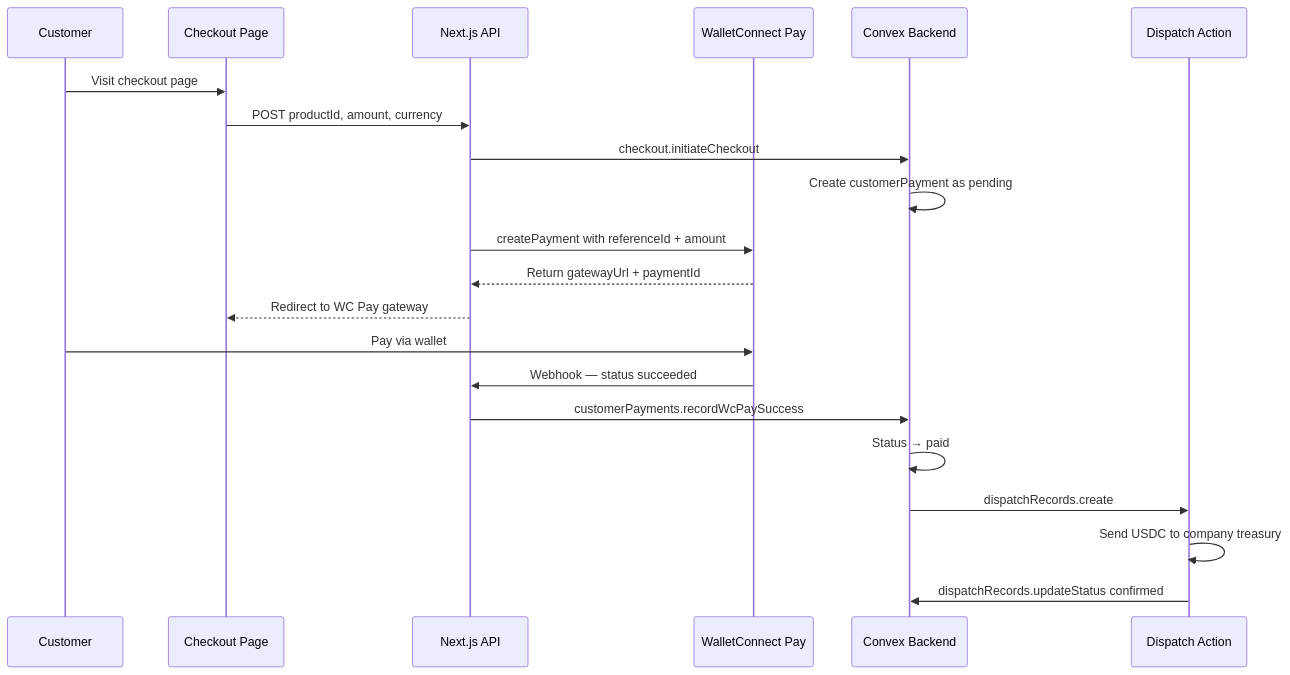
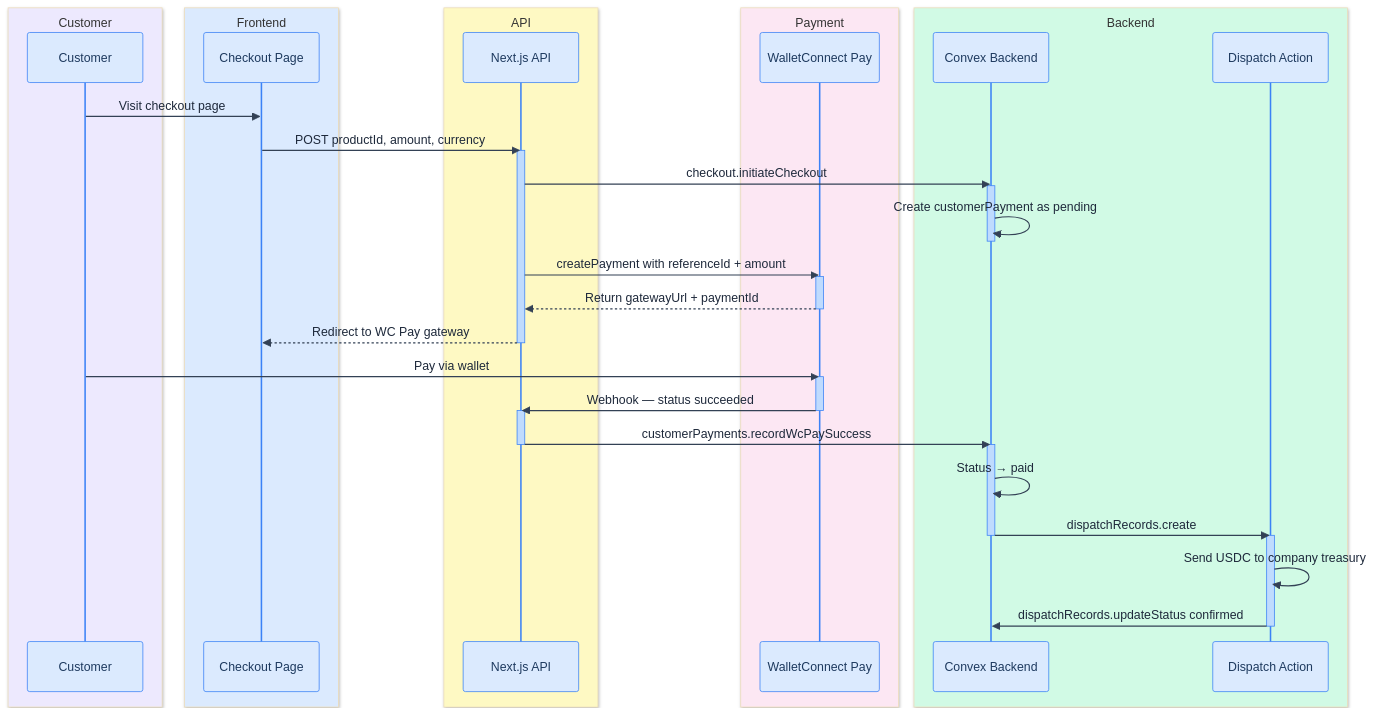
The fourth of 8 diagrams in ARCHITECTURE.md (Cannes2026EthGlobal/webapp), drawn with Mermaid before and after one commit. The commit also changed other lines of this file, not shown here.

First line of the commit message:
docs: add colors, themed styling, and legend to architecture diagrams

````diff
--- a/ARCHITECTURE.md
+++ b/ARCHITECTURE.md
@@ -100,24 +177,49 @@
 ```mermaid
+%%{init: {'theme': 'base', 'themeVariables': {'actorBkg': '#dbeafe', 'actorBorder': '#3b82f6', 'actorTextColor': '#1e3a5f', 'activationBkgColor': '#bfdbfe', 'activationBorderColor': '#3b82f6', 'signalColor': '#334155', 'signalTextColor': '#1e293b', 'noteBkgColor': '#fef9c3', 'noteBorderColor': '#eab308', 'noteTextColor': '#713f12'}}}%%
 sequenceDiagram
-    participant CU as Customer
-    participant CK as Checkout Page
-    participant API as Next.js API
-    participant WC as WalletConnect Pay
-    participant CX as Convex Backend
-    participant DP as Dispatch Action
+    box rgb(237, 233, 254) Customer
+        participant CU as Customer
+    end
+    box rgb(219, 234, 254) Frontend
+        participant CK as Checkout Page
+    end
+    box rgb(254, 249, 195) API
+        participant API as Next.js API
+    end
+    box rgb(252, 231, 243) Payment
+        participant WC as WalletConnect Pay
+    end
+    box rgb(209, 250, 229) Backend
+        participant CX as Convex Backend
+        participant DP as Dispatch Action
+    end
 
     CU->>CK: Visit checkout page
     CK->>API: POST productId, amount, currency
+    activate API
     API->>CX: checkout.initiateCheckout
+    activate CX
     CX->>CX: Create customerPayment as pending
+    deactivate CX
     API->>WC: createPayment with referenceId + amount
+    activate WC
     WC-->>API: Return gatewayUrl + paymentId
+    deactivate WC
     API-->>CK: Redirect to WC Pay gateway
+    deactivate API
     CU->>WC: Pay via wallet
+    activate WC
     WC->>API: Webhook — status succeeded
+    deactivate WC
+    activate API
     API->>CX: customerPayments.recordWcPaySuccess
+    deactivate API
+    activate CX
     CX->>CX: Status → paid
     CX->>DP: dispatchRecords.create
+    deactivate CX
+    activate DP
     DP->>DP: Send USDC to company treasury
     DP->>CX: dispatchRecords.updateStatus confirmed
+    deactivate DP
 ```
````
